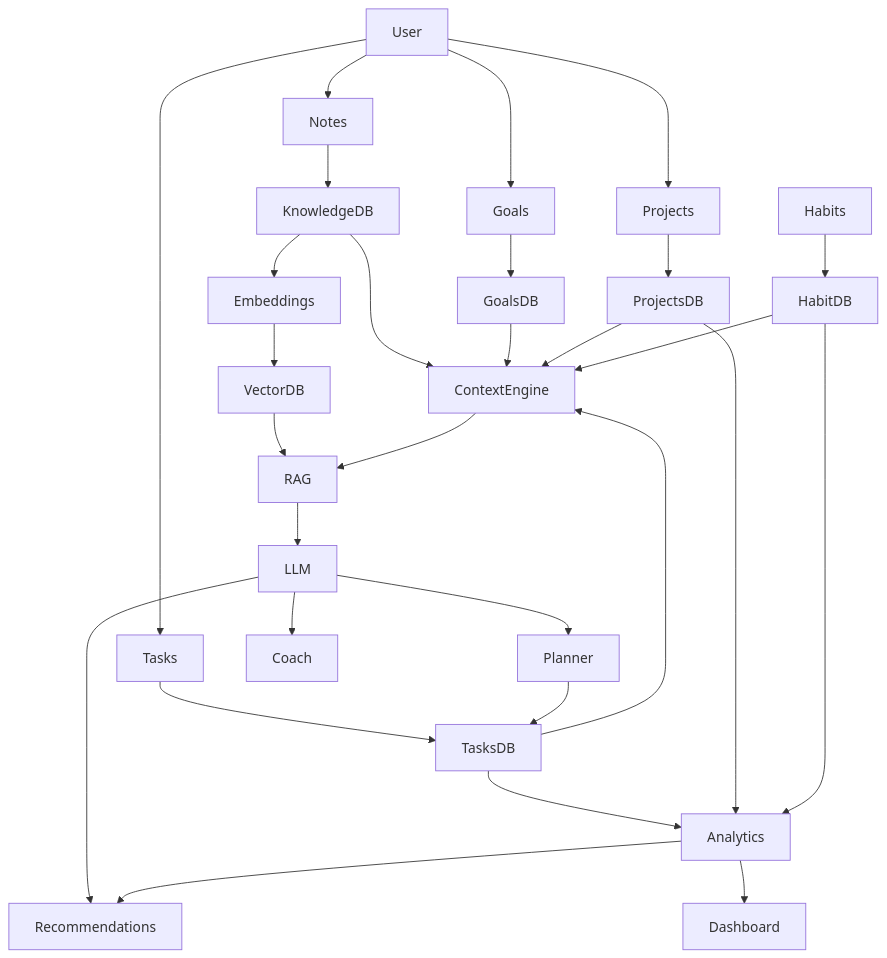
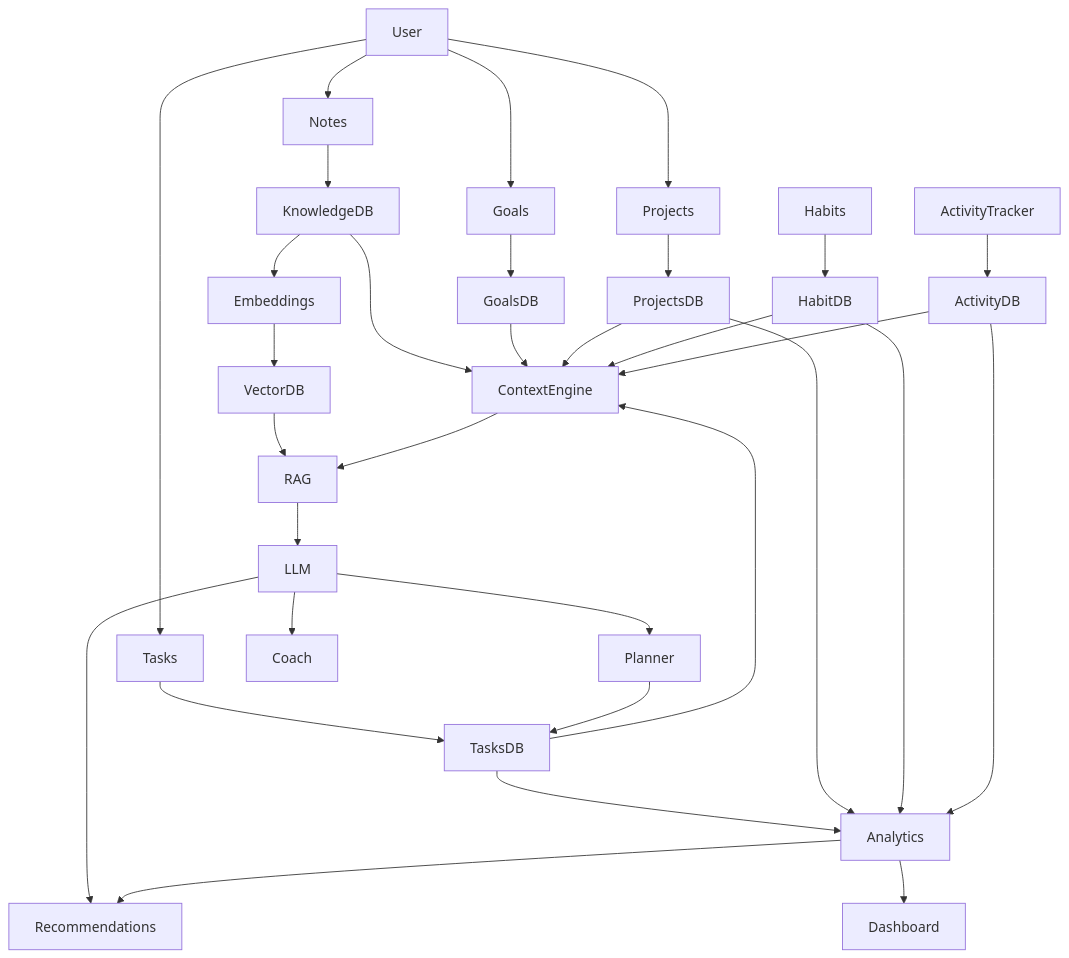
Before and after one commit to ArlagaddaMourya/habit_tracker: diagram 14 of 21 in README.md, drawn with Mermaid. The commit also changed other lines of this file and 1 other file, not shown here.

Commit message:
updated the project with user activity and backlog

````diff
--- a/README.md
+++ b/README.md
@@ -447,41 +561,45 @@
 ```mermaid
 flowchart TB
 
 User --> Goals
 User --> Projects
 User --> Tasks
 User --> Notes
+
+ActivityTracker --> ActivityDB
 
 Goals --> GoalsDB
 Projects --> ProjectsDB
 Habits --> HabitDB
 Tasks --> TasksDB
 Notes --> KnowledgeDB
 
 KnowledgeDB --> Embeddings
 Embeddings --> VectorDB
 
 KnowledgeDB --> ContextEngine
 GoalsDB --> ContextEngine
 ProjectsDB --> ContextEngine
 TasksDB --> ContextEngine
 HabitDB --> ContextEngine
+ActivityDB --> ContextEngine
 
 VectorDB --> RAG
 ContextEngine --> RAG
 
 RAG --> LLM
 
 LLM --> Planner
 LLM --> Coach
 LLM --> Recommendations
 
 Planner --> TasksDB
 
 TasksDB --> Analytics
 ProjectsDB --> Analytics
 HabitDB --> Analytics
+ActivityDB --> Analytics
 
 Analytics --> Dashboard
 Analytics --> Recommendations
 ```
````
